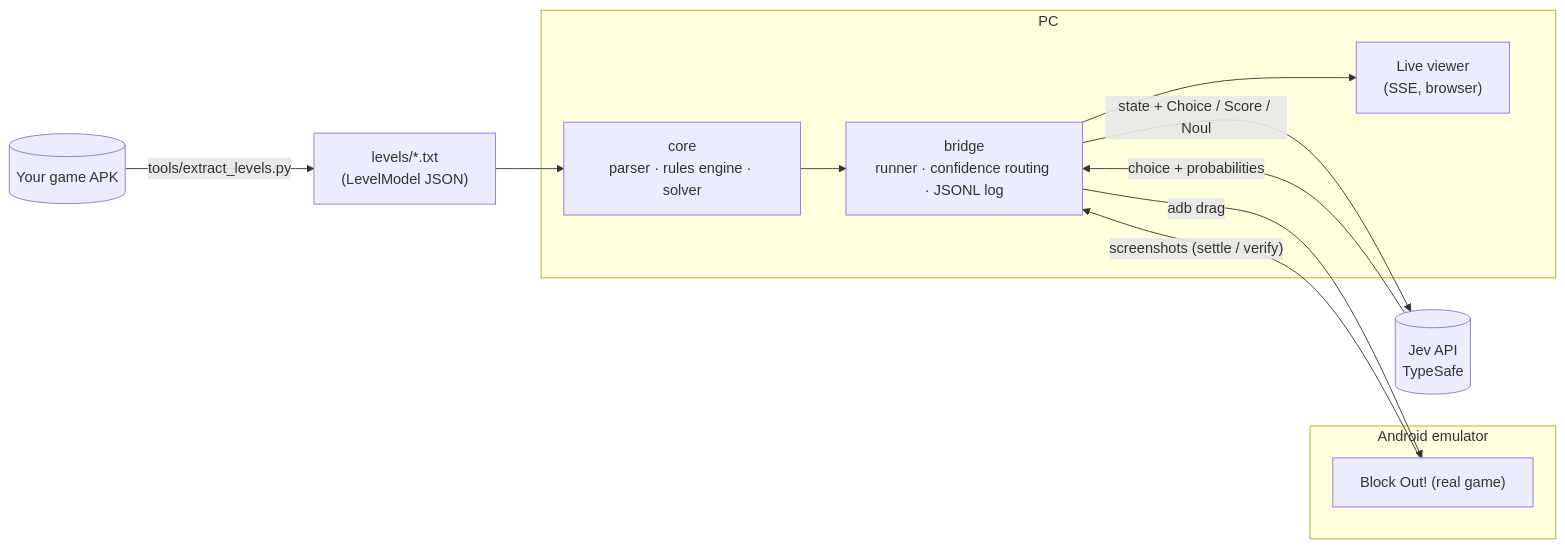
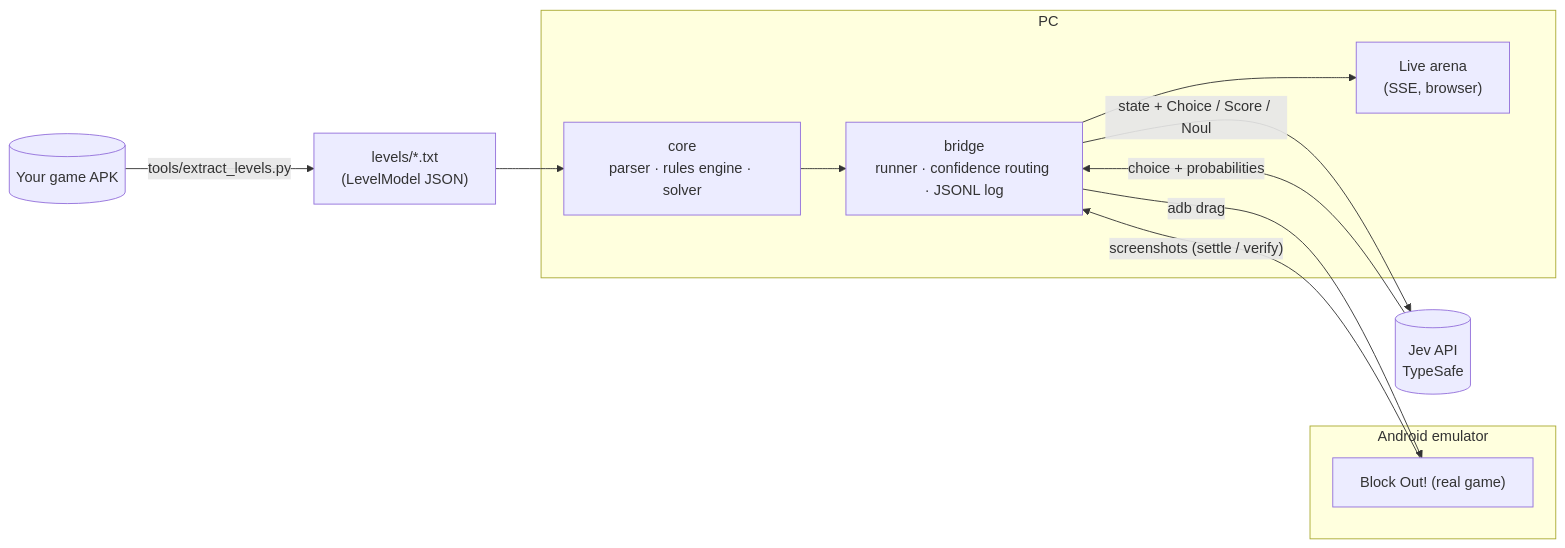
Before and after one commit to mrinal-rangers/JEV-block-out: the diagram in README.md, drawn with Mermaid. The commit also changed other lines of this file and 8 other files, not shown here.

First line of the commit message:
Live arena: parallel decider lanes with live model-call feed

````diff
--- a/README.md
+++ b/README.md
@@ -21,19 +21,19 @@
 ```mermaid
 flowchart LR
     APK[("Your game APK")] -- "tools/extract_levels.py" --> LV["levels/*.txt<br/>(LevelModel JSON)"]
     subgraph PC["PC"]
         CORE["core<br/>parser · rules engine · solver"]
         BRIDGE["bridge<br/>runner · confidence routing · JSONL log"]
-        VIEW["Live viewer<br/>(SSE, browser)"]
+        VIEW["Live arena<br/>(SSE, browser)"]
     end
     subgraph EMU["Android emulator"]
         GAME["Block Out! (real game)"]
     end
     JEV[("Jev API<br/>TypeSafe")]
     LV --> CORE --> BRIDGE
     BRIDGE -- "state + Choice / Score / Noul" --> JEV
     JEV -- "choice + probabilities" --> BRIDGE
     BRIDGE -- "adb drag" --> GAME
     GAME -- "screenshots (settle / verify)" --> BRIDGE
     BRIDGE --> VIEW
 ```
````
